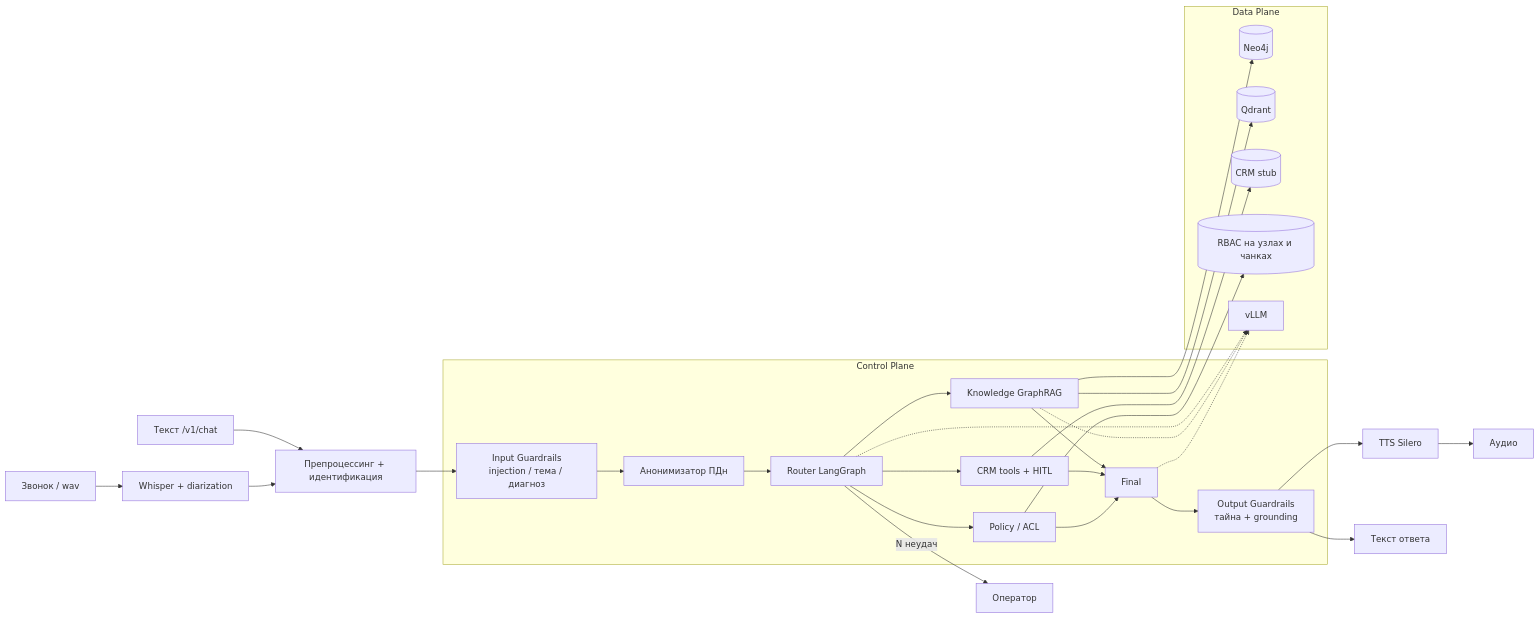
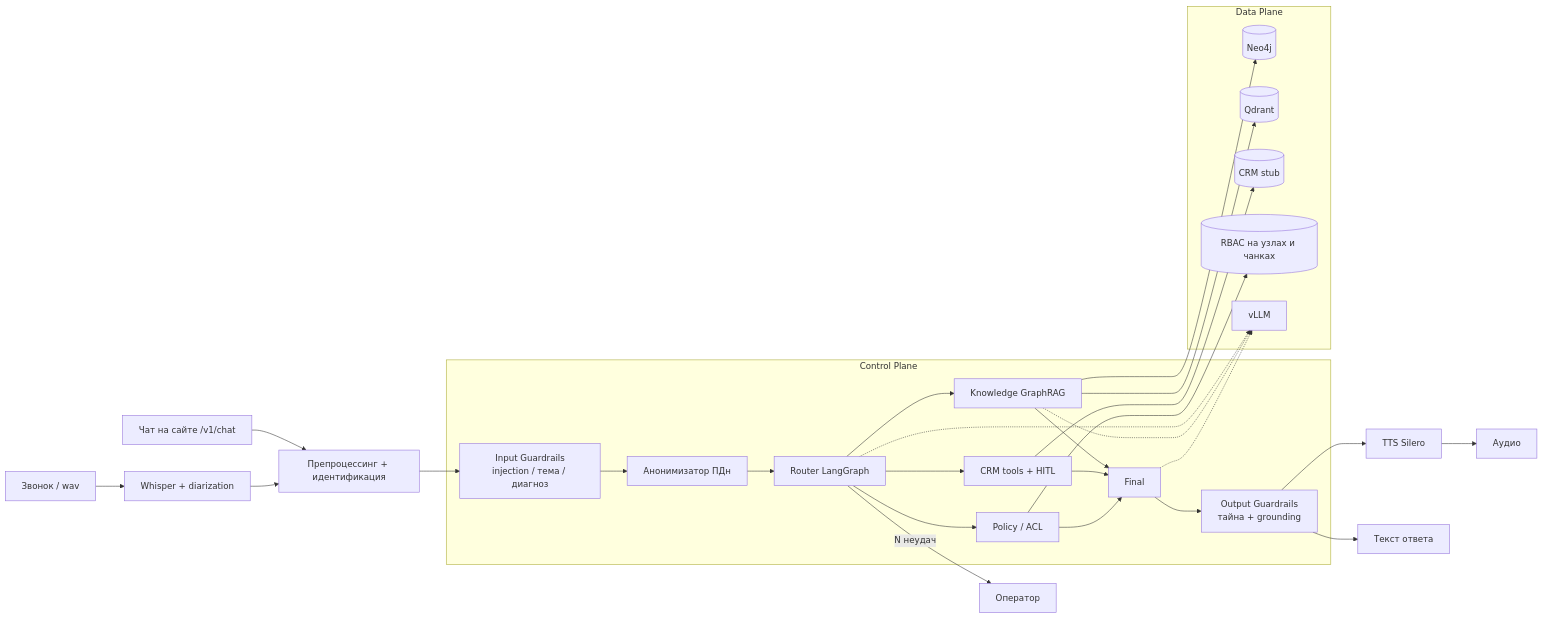
The fourth of 8 diagrams in final-project/README.md (divisee/otus-ai-architect), drawn with Mermaid before and after one commit. The commit also changed other lines of this file, not shown here.

````diff
--- a/final-project/README.md
+++ b/final-project/README.md
@@ -336,50 +334,50 @@
 ```mermaid
 flowchart LR
     CALL[Звонок / wav] --> ASR[Whisper + diarization]
-    TXT[Текст /v1/chat] --> PRE
+    TXT[Чат на сайте /v1/chat] --> PRE
     ASR --> PRE[Препроцессинг + идентификация]
     PRE --> IG[Input Guardrails<br/>injection / тема / диагноз]
     IG --> ANON[Анонимизатор ПДн]
     ANON --> R[Router LangGraph]
 
     R --> K[Knowledge GraphRAG]
     R --> C[CRM tools + HITL]
     R --> POL[Policy / ACL]
     R -->|N неудач| OP[Оператор]
 
     K --> G[(Neo4j)]
     K --> V[(Qdrant)]
     C --> CRM[(CRM stub)]
     POL --> ACL[(RBAC на узлах и чанках)]
 
     K --> F[Final]
     C --> F
     POL --> F
     F --> OG[Output Guardrails<br/>тайна + grounding]
     OG --> TTS[TTS Silero]
     OG --> OUT[Текст ответа]
     TTS --> AUDIO[Аудио]
 
     subgraph CP["Control Plane"]
         IG
         ANON
         R
         K
         C
         POL
         F
         OG
     end
 
     subgraph DP["Data Plane"]
         G
         V
         CRM
         ACL
         LLM[vLLM]
     end
 
     R -.-> LLM
     K -.-> LLM
     F -.-> LLM
 ```
````
